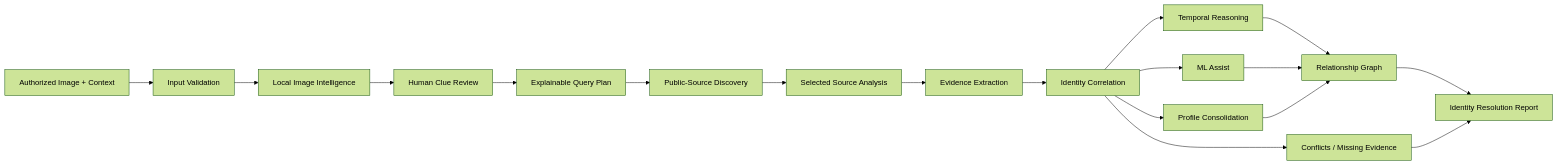
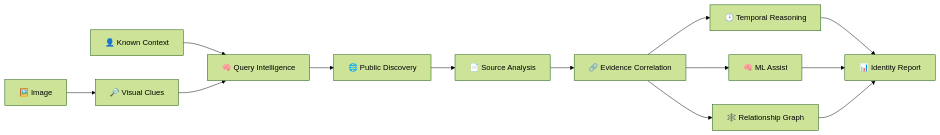
The first of 6 diagrams in README.md (sdheeraj4/Temporal_Nexus), drawn with Mermaid (forest theme) before and after one commit. The commit also changed other lines of this file, not shown here.

````diff
--- a/README.md
+++ b/README.md
@@ -110,21 +69,25 @@
 ```mermaid
 flowchart LR
-    A["Authorized Image + Context"] --> B["Input Validation"]
-    B --> C["Local Image Intelligence"]
-    C --> D["Human Clue Review"]
-    D --> E["Explainable Query Plan"]
-    E --> F["Public-Source Discovery"]
-    F --> G["Selected Source Analysis"]
-    G --> H["Evidence Extraction"]
-    H --> I["Identity Correlation"]
-    I --> J["Temporal Reasoning"]
-    I --> K["ML Assist"]
-    I --> L["Profile Consolidation"]
-    J --> M["Relationship Graph"]
-    K --> M
-    L --> M
-    M --> N["Identity Resolution Report"]
 
-    I --> O["Conflicts / Missing Evidence"]
-    O --> N
+    A["🖼️ Image"] --> B["🔎 Visual Clues"]
+
+    C["👤 Known Context"] --> D["🧠 Query Intelligence"]
+
+    B --> D
+
+    D --> E["🌐 Public Discovery"]
+
+    E --> F["📄 Source Analysis"]
+
+    F --> G["🔗 Evidence Correlation"]
+
+    G --> H["🕒 Temporal Reasoning"]
+
+    G --> I["🧠 ML Assist"]
+
+    G --> J["🕸️ Relationship Graph"]
+
+    H --> K["📊 Identity Report"]
+    I --> K
+    J --> K
 ```
````
